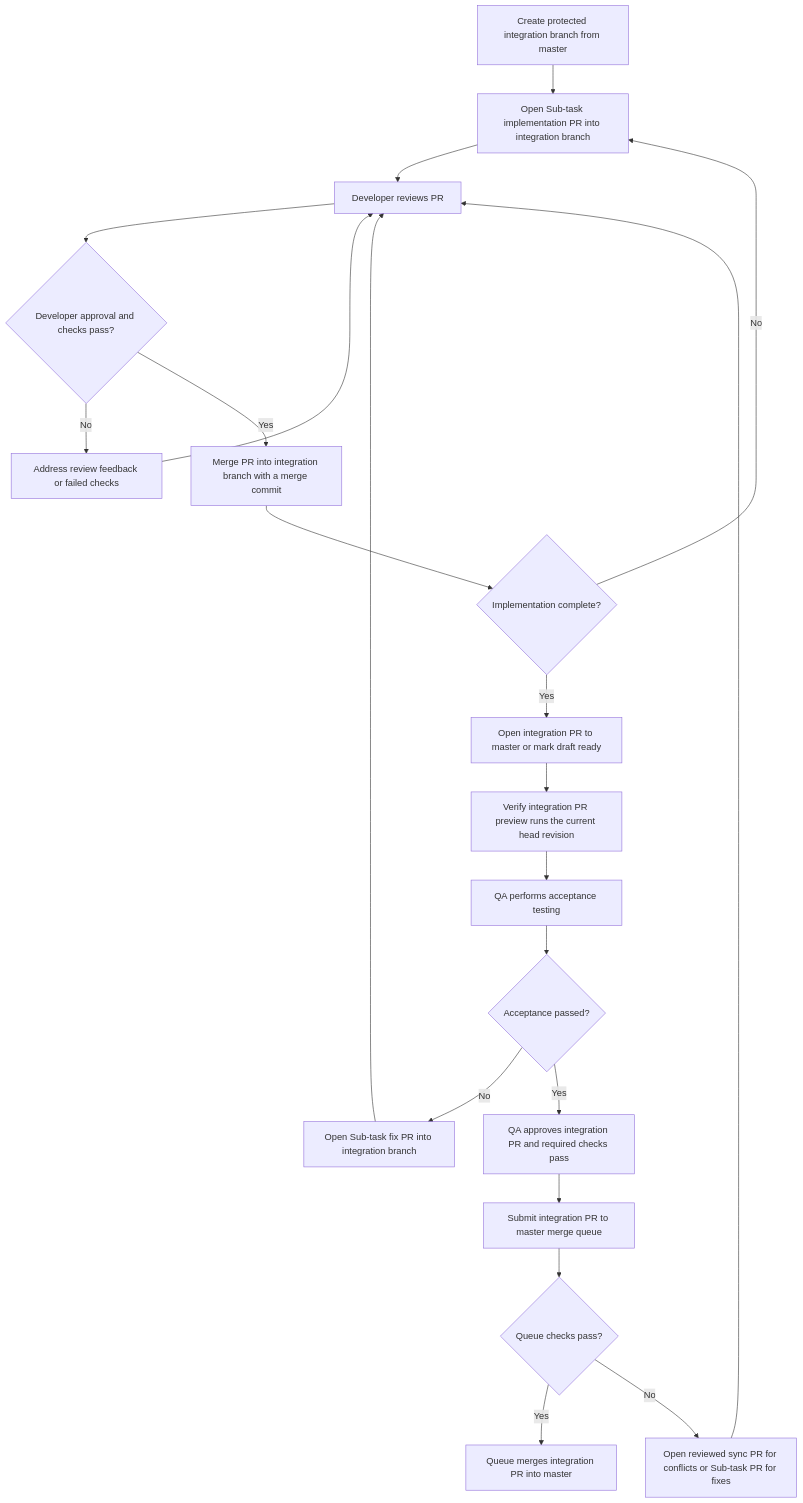
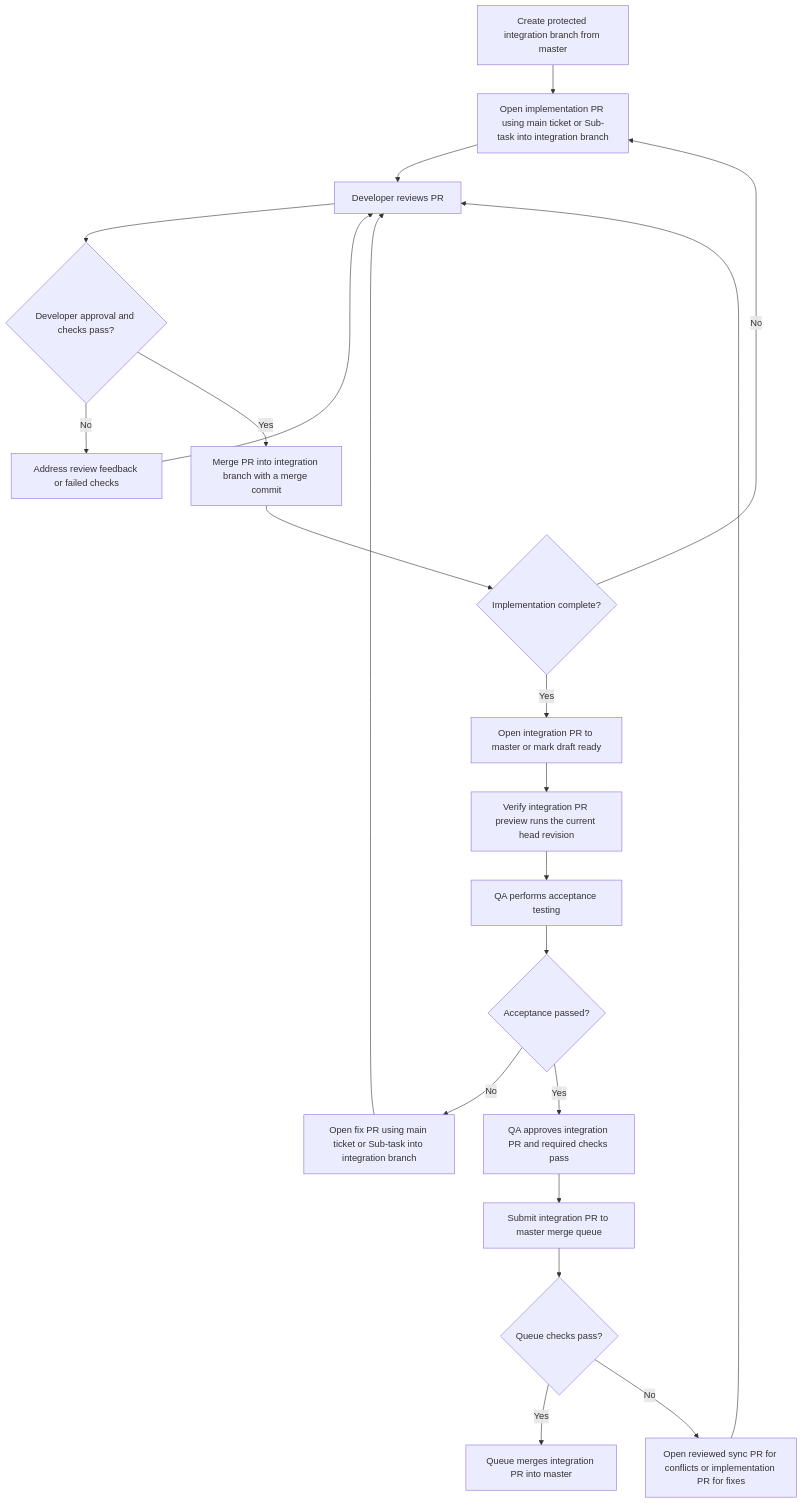
The diagram in guides/process/development.md (Simon-Initiative/oli-torus), drawn with Mermaid before and after one commit. The commit also changed other lines of this file and 4 other files, not shown here.

````diff
--- a/guides/process/development.md
+++ b/guides/process/development.md
@@ -36,30 +36,30 @@
 ```mermaid
 flowchart TD
     A[Create protected integration branch from master]
-    B[Open Sub-task implementation PR into integration branch]
+    B[Open implementation PR using main ticket or Sub-task into integration branch]
     C[Developer reviews PR]
     D{Developer approval and checks pass?}
     E[Address review feedback or failed checks]
     F[Merge PR into integration branch with a merge commit]
     G{Implementation complete?}
     H[Open integration PR to master or mark draft ready]
     I[Verify integration PR preview runs the current head revision]
     J[QA performs acceptance testing]
     K{Acceptance passed?}
-    L[Open Sub-task fix PR into integration branch]
+    L[Open fix PR using main ticket or Sub-task into integration branch]
     M[QA approves integration PR and required checks pass]
     N[Submit integration PR to master merge queue]
     O{Queue checks pass?}
     P[Queue merges integration PR into master]
-    Q[Open reviewed sync PR for conflicts or Sub-task PR for fixes]
+    Q[Open reviewed sync PR for conflicts or implementation PR for fixes]
 
     A --> B --> C --> D
     D -->|No| E --> C
     D -->|Yes| F --> G
     G -->|No| B
     G -->|Yes| H --> I --> J --> K
     K -->|No| L --> C
     K -->|Yes| M --> N --> O
     O -->|Yes| P
     O -->|No| Q --> C
 ```
````
